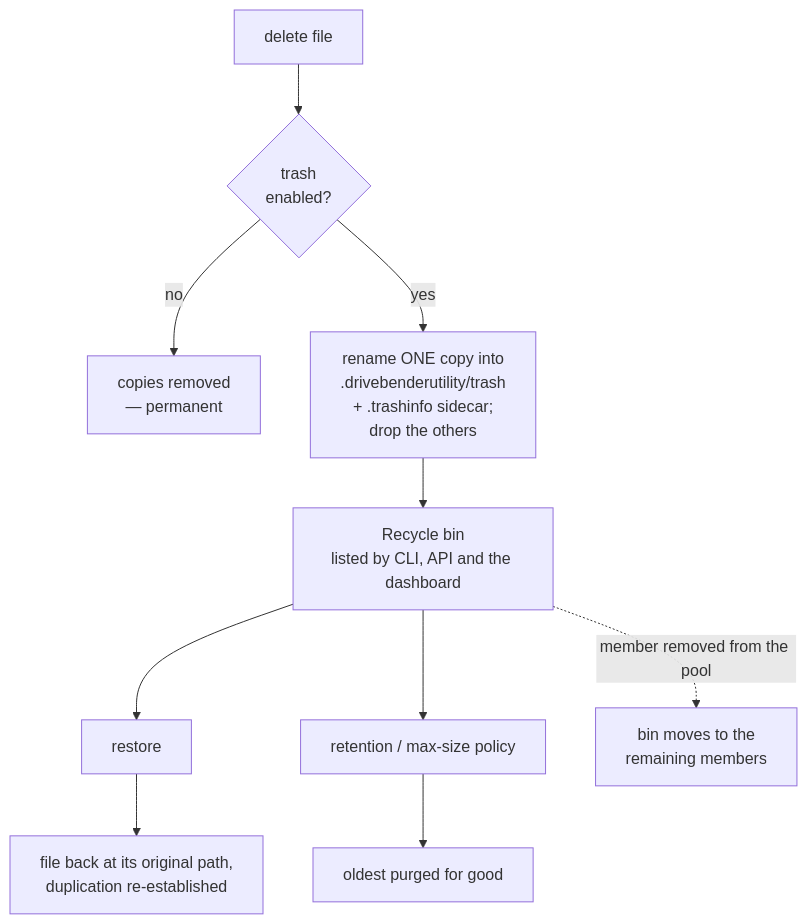
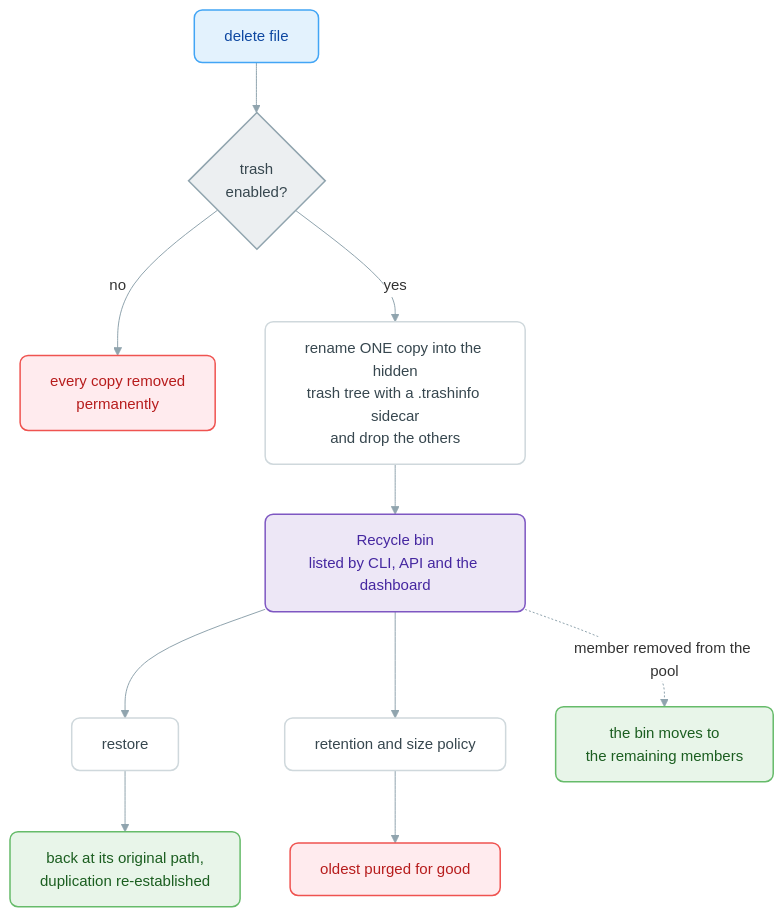
The sixth of 7 diagrams in README.md (Hawkynt/DriveBenderUtility), drawn with Mermaid before and after one commit. The commit also changed other lines of this file and 1 other file, not shown here.

First line of the commit message:
* the diagrams looked like 2014: Material palette, rounded cards, semantic colour (#40)

````diff
--- a/README.md
+++ b/README.md
@@ -190,10 +243,25 @@
 ```mermaid
+%%{init: {"theme":"base","themeVariables":{"fontSize":"15px","lineColor":"#90A4AE","textColor":"#37474F","clusterBkg":"#FAFAFA","clusterBorder":"#E0E0E0","edgeLabelBackground":"#FFFFFF"}}}%%
 flowchart TD
     Del["delete file"] --> On{"trash<br/>enabled?"}
-    On -- no --> Gone["copies removed<br/>— permanent"]
-    On -- yes --> Move["rename ONE copy into<br/>.drivebenderutility/trash<br/>+ .trashinfo sidecar;<br/>drop the others"]
+    On -- no --> Gone["every copy removed<br/>permanently"]
+    On -- yes --> Move["rename ONE copy into the hidden<br/>trash tree with a .trashinfo sidecar<br/>and drop the others"]
     Move --> Bin["Recycle bin<br/>listed by CLI, API and the dashboard"]
-    Bin --> R["restore"] --> Back["file back at its original path,<br/>duplication re-established"]
-    Bin --> Pol["retention / max-size policy"] --> Purge["oldest purged for good"]
-    Bin -. "member removed from the pool" .-> Scatter["bin moves to the<br/>remaining members"]
+    Bin --> R["restore"] --> Back["back at its original path,<br/>duplication re-established"]
+    Bin --> Pol["retention and size policy"] --> Purge["oldest purged for good"]
+    Bin -. "member removed from the pool" .-> Scatter["the bin moves to<br/>the remaining members"]
+
+    classDef primary fill:#E3F2FD,stroke:#42A5F5,stroke-width:1.5px,color:#0D47A1,rx:8,ry:8
+    classDef surface fill:#FFFFFF,stroke:#CFD8DC,stroke-width:1.5px,color:#37474F,rx:8,ry:8
+    classDef store fill:#E8F5E9,stroke:#66BB6A,stroke-width:1.5px,color:#1B5E20,rx:8,ry:8
+    classDef warn fill:#FFF8E1,stroke:#FFB300,stroke-width:1.5px,color:#E65100,rx:8,ry:8
+    classDef danger fill:#FFEBEE,stroke:#EF5350,stroke-width:1.5px,color:#B71C1C,rx:8,ry:8
+    classDef accent fill:#EDE7F6,stroke:#7E57C2,stroke-width:1.5px,color:#4527A0,rx:8,ry:8
+    classDef decision fill:#ECEFF1,stroke:#90A4AE,stroke-width:1.5px,color:#37474F
+    class Del primary
+    class On decision
+    class Gone,Purge danger
+    class Move,Pol,R surface
+    class Bin accent
+    class Back,Scatter store
 ```
````
